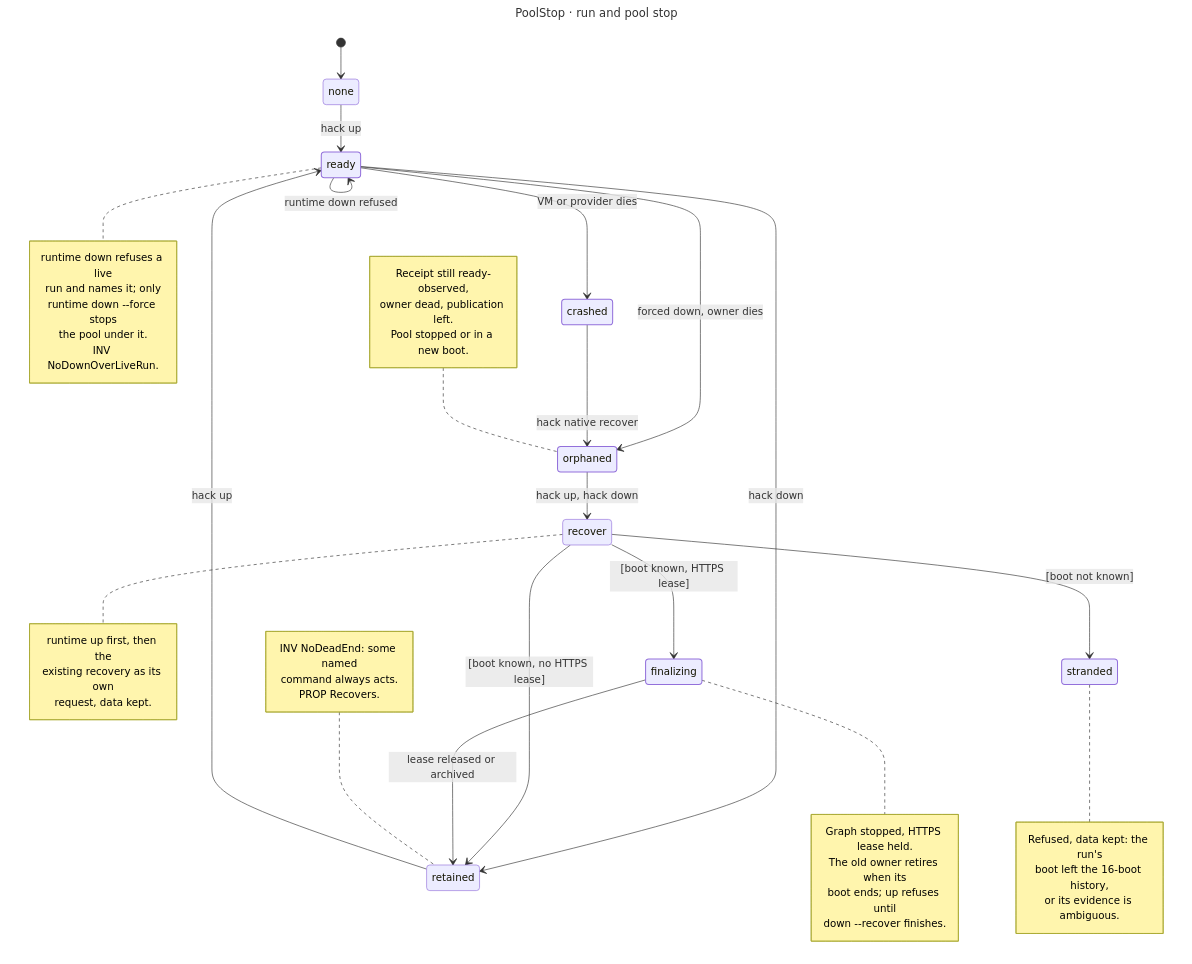
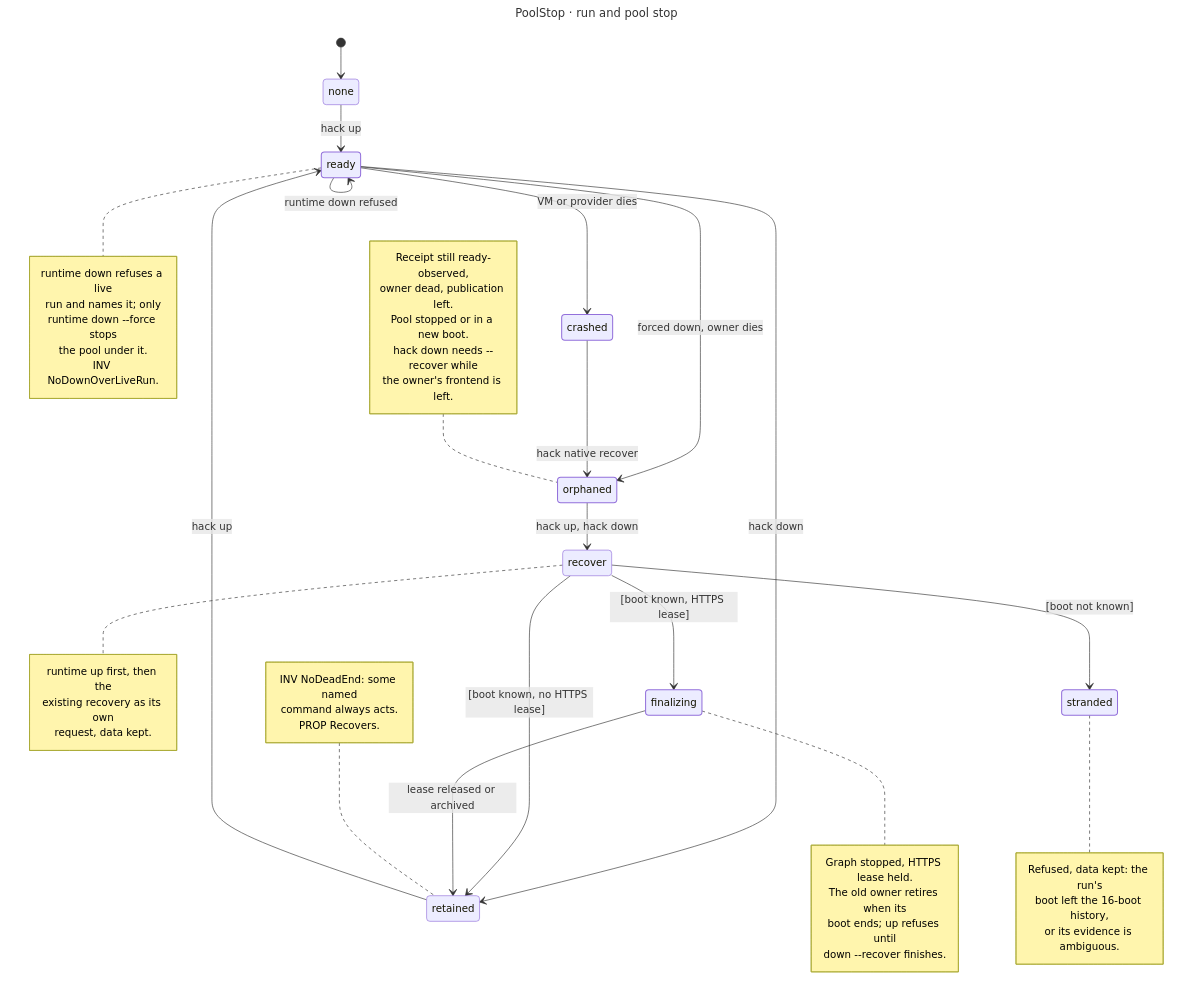
One commit to hack-dance/hack changed the diagram in docs/diagrams/native-pool-stop.mmd. Above: the diagram before and after it, drawn with Mermaid. The commit also changed 13 other files, not shown here.

First line of the commit message:
fix(native): refuse runtime down only for a really running pool; force the qualification emergency stop (HACK-2477)

```diff
--- a/docs/diagrams/native-pool-stop.mmd
+++ b/docs/diagrams/native-pool-stop.mmd
@@ -1,63 +1,65 @@
 ---
 title: PoolStop · run and pool stop
 ---
 stateDiagram-v2
     direction TB
     classDef ok stroke-width:1.6px
     classDef wait stroke-width:1.6px
     classDef fail stroke-width:1.6px
 
     [*] --> none
     none --> ready : hack up
     retained --> ready : hack up
     ready --> retained : hack down
     ready --> ready : runtime down refused
     ready --> orphaned : forced down, owner dies
     ready --> crashed : VM or provider dies
     crashed --> orphaned : hack native recover
     orphaned --> recover : hack up, hack down
     state recover <<choice>>
     recover --> retained : [boot known, no HTTPS lease]
     recover --> finalizing : [boot known, HTTPS lease]
     recover --> stranded : [boot not known]
     finalizing --> retained : lease released or archived
 
     note right of ready
         runtime down refuses a live
         run and names it; only
         runtime down --force stops
         the pool under it.
         INV NoDownOverLiveRun.
     end note
     note left of orphaned
         Receipt still ready-observed,
         owner dead, publication left.
         Pool stopped or in a new boot.
+        hack down needs --recover while
+        the owner's frontend is left.
     end note
     note right of recover
         runtime up first, then the
         existing recovery as its own
         request, data kept.
     end note
     note right of stranded
         Refused, data kept: the run's
         boot left the 16-boot history,
         or its evidence is ambiguous.
     end note
     note right of finalizing
         Graph stopped, HTTPS lease held.
         The old owner retires when its
         boot ends; up refuses until
         down --recover finishes.
     end note
     note left of retained
         INV NoDeadEnd: some named
         command always acts.
         PROP Recovers.
     end note
 
     class ready ok
     class orphaned wait
     class crashed wait
     class finalizing wait
     class stranded fail
```
